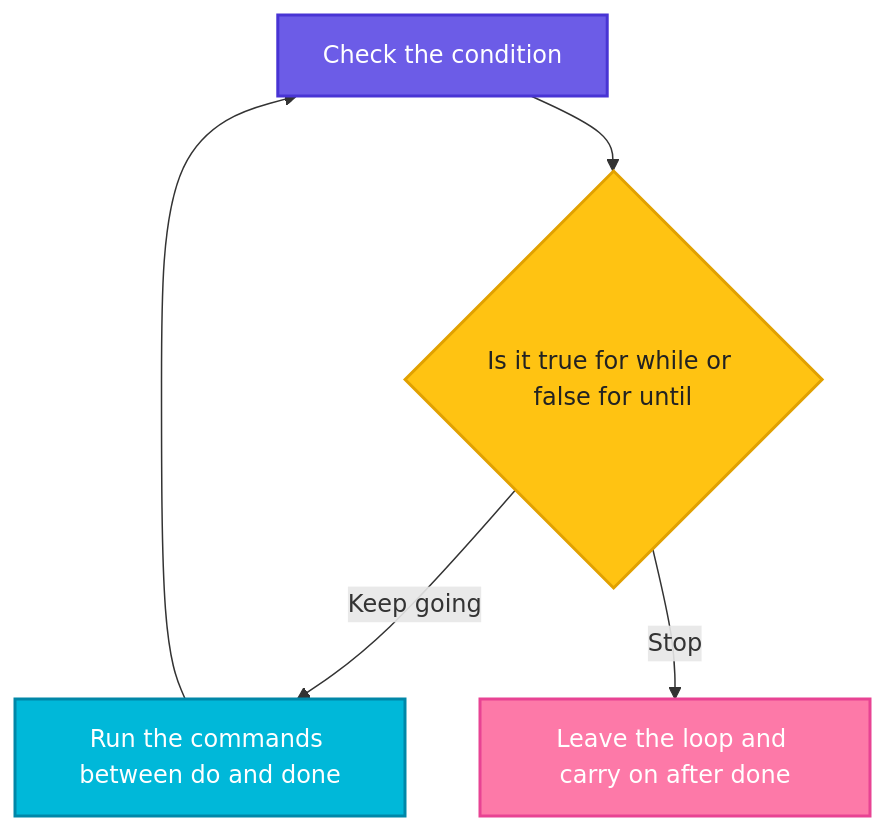
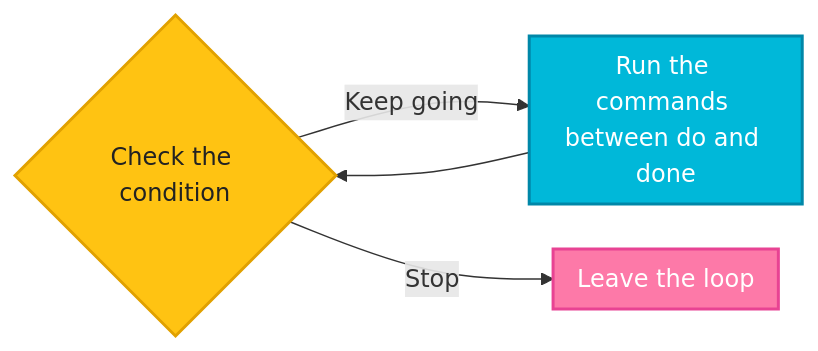
One commit to codeKerdosTech/DevOps-Documentation changed the first of 2 diagrams in shell-script/10-while-until-loops.md. Above: the diagram before and after it, drawn with Mermaid. The commit also changed other lines of this file and 10 other files, not shown here.

````diff
--- a/shell-script/10-while-until-loops.md
+++ b/shell-script/10-while-until-loops.md
@@ -43,15 +45,15 @@
 ```mermaid
-flowchart TD
-    A["Check the condition"] --> B{"Is it true for while or false for until"}
-    B -- Keep going --> C["Run the commands between do and done"]
-    C --> A
-    B -- Stop --> D["Leave the loop and carry on after done"]
+%%{init: {"flowchart": {"nodeSpacing": 30, "rankSpacing": 40, "wrappingWidth": 150, "padding": 8}}}%%
+flowchart LR
+    A{"Check the condition"} -- Keep going --> B["Run the commands between do and done"]
+    B --> A
+    A -- Stop --> C["Leave the loop"]
     classDef start fill:#6C5CE7,stroke:#4834D4,stroke-width:2px,color:#fff
     classDef proc fill:#00B8D9,stroke:#0087A8,stroke-width:2px,color:#fff
     classDef dec fill:#FFC312,stroke:#E1A100,stroke-width:2px,color:#222
+    classDef ok fill:#2ECC71,stroke:#1E8449,stroke-width:2px,color:#fff
     classDef out fill:#FD79A8,stroke:#E84393,stroke-width:2px,color:#fff
-    class A start
-    class B dec
-    class C proc
-    class D out
+    class A dec
+    class B proc
+    class C out
 ```
````
